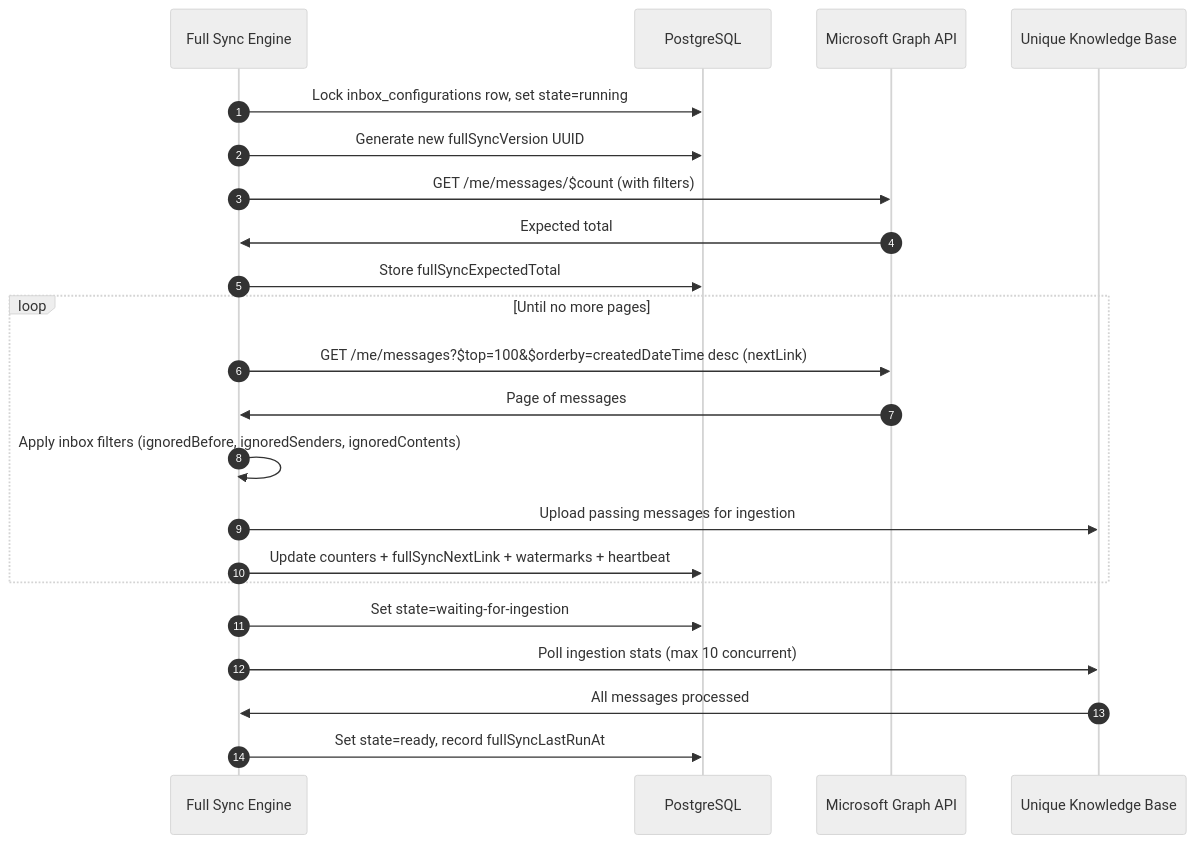
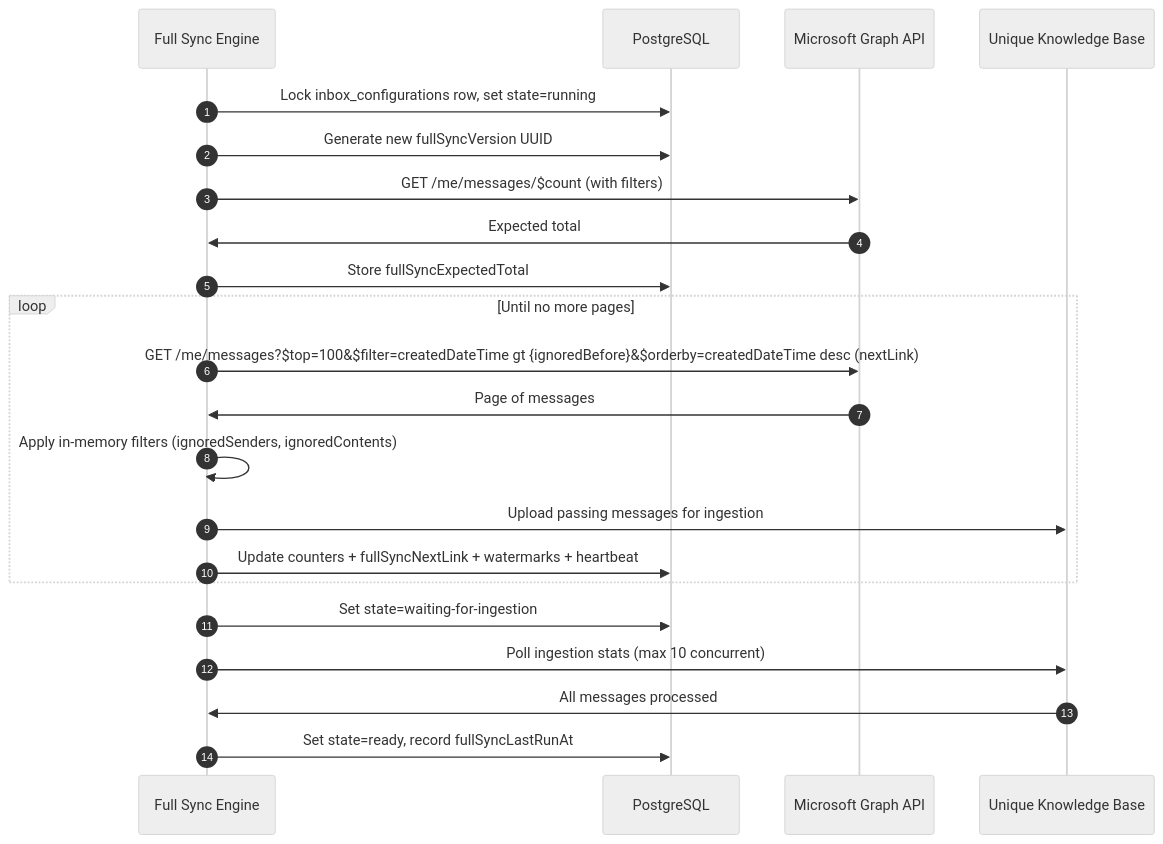
Before and after one commit to Unique-AG/connectors: the second of 2 diagrams in services/outlook-semantic-mcp/docs/technical/full-sync.md, drawn with Mermaid. The commit also changed other lines of this file and 10 other files, not shown here.

````diff
--- a/services/outlook-semantic-mcp/docs/technical/full-sync.md
+++ b/services/outlook-semantic-mcp/docs/technical/full-sync.md
@@ -64,28 +64,28 @@
 ```mermaid
 %%{init: {'theme': 'neutral', 'themeVariables': { 'fontSize': '14px' }}}%%
 sequenceDiagram
     autonumber
     participant FullSync as Full Sync Engine
     participant DB as PostgreSQL
     participant MSGraph as Microsoft Graph API
     participant UniqueKB as Unique Knowledge Base
 
     FullSync->>DB: Lock inbox_configurations row, set state=running
     FullSync->>DB: Generate new fullSyncVersion UUID
     FullSync->>MSGraph: GET /me/messages/$count (with filters)
     MSGraph->>FullSync: Expected total
     FullSync->>DB: Store fullSyncExpectedTotal
 
     loop Until no more pages
-        FullSync->>MSGraph: GET /me/messages?$top=100&$orderby=createdDateTime desc (nextLink)
+        FullSync->>MSGraph: GET /me/messages?$top=100&$filter=createdDateTime gt {ignoredBefore}&$orderby=createdDateTime desc (nextLink)
         MSGraph->>FullSync: Page of messages
-        FullSync->>FullSync: Apply inbox filters (ignoredBefore, ignoredSenders, ignoredContents)
+        FullSync->>FullSync: Apply in-memory filters (ignoredSenders, ignoredContents)
         FullSync->>UniqueKB: Upload passing messages for ingestion
         FullSync->>DB: Update counters + fullSyncNextLink + watermarks + heartbeat
     end
 
     FullSync->>DB: Set state=waiting-for-ingestion
     FullSync->>UniqueKB: Poll ingestion stats (max 10 concurrent)
     UniqueKB->>FullSync: All messages processed
     FullSync->>DB: Set state=ready, record fullSyncLastRunAt
 ```
````
